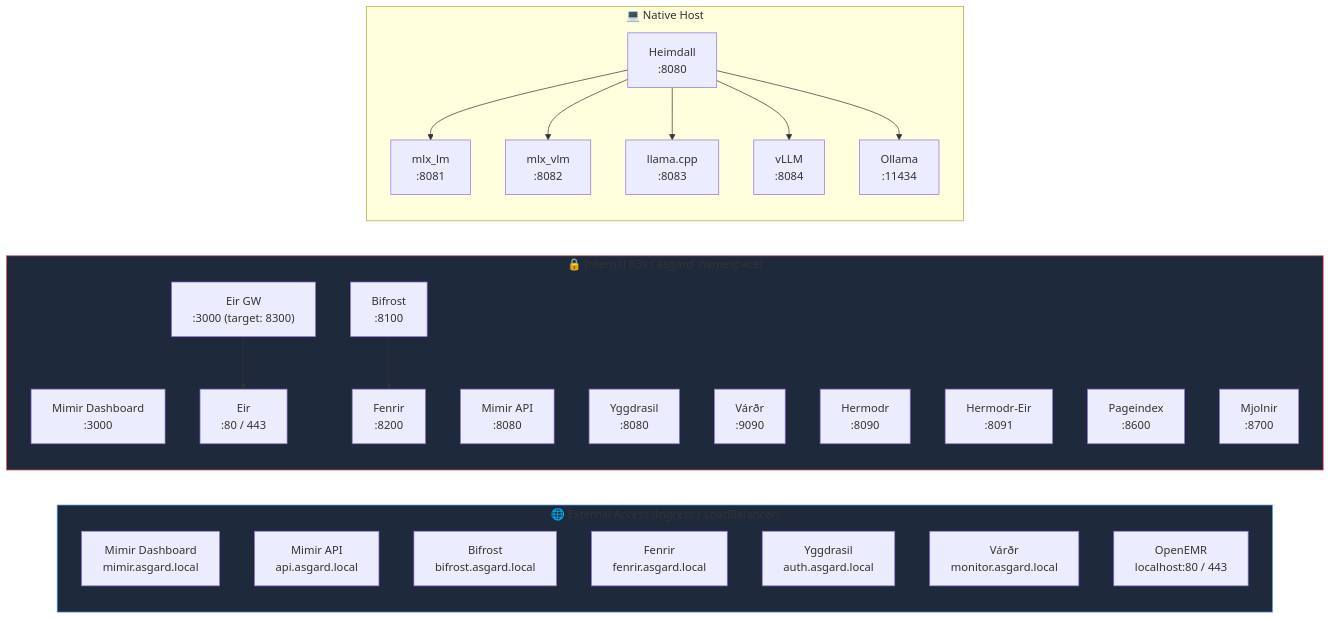
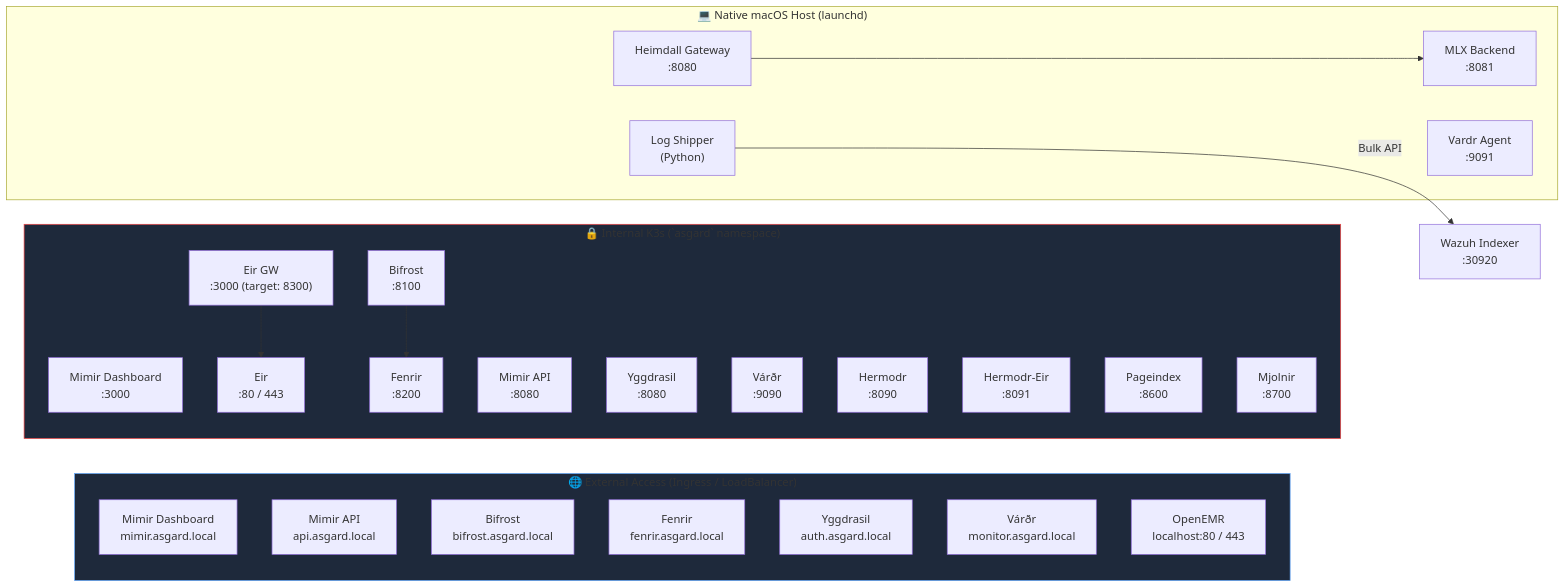
The ninth of 9 diagrams in docs/architecture.md (MegaWiz-Dev-Team/Asgard), drawn with Mermaid before and after one commit. The commit also changed other lines of this file and 22 other files, not shown here.

````diff
--- a/docs/architecture.md
+++ b/docs/architecture.md
@@ -425,47 +416,42 @@
 ```mermaid
 graph LR
     subgraph exposed["🌐 External Access (Ingress / LoadBalancer)"]
         P3000["Mimir Dashboard<br/>mimir.asgard.local"]
         P8080["Mimir API<br/>api.asgard.local"]
         P8100["Bifrost<br/>bifrost.asgard.local"]
         P8200["Fenrir<br/>fenrir.asgard.local"]
         P8085["Yggdrasil<br/>auth.asgard.local"]
         P9090["Várðr<br/>monitor.asgard.local"]
         P80["OpenEMR<br/>localhost:80 / 443"]
     end
 
     subgraph internal["🔒 Internal K3s (`asgard` namespace)"]
         I3000["Mimir Dashboard<br/>:3000"]
         I8080["Mimir API<br/>:8080"]
         I8100["Bifrost<br/>:8100"]
         I8200["Fenrir<br/>:8200"]
         I8085["Yggdrasil<br/>:8080"]
         I9090["Várðr<br/>:9090"]
         I80["Eir<br/>:80 / 443"]
         I8300["Eir GW<br/>:3000 (target: 8300)"]
         I8090["Hermodr<br/>:8090"]
         I8091["Hermodr-Eir<br/>:8091"]
         I8600["Pageindex<br/>:8600"]
         I8700["Mjolnir<br/>:8700"]
     end
 
-    subgraph host["💻 Native Host"]
-        P8081["mlx_lm<br/>:8081"]
-        P8082["mlx_vlm<br/>:8082"]
-        P8083["llama.cpp<br/>:8083"]
-        P8084["vLLM<br/>:8084"]
-        P11434["Ollama<br/>:11434"]
-        H8080["Heimdall<br/>:8080"]
+    subgraph host["💻 Native macOS Host (launchd)"]
+        H8080["Heimdall Gateway<br/>:8080"]
+        P8081["MLX Backend<br/>:8081"]
+        VA9091["Vardr Agent<br/>:9091"]
+        LS["Log Shipper<br/>(Python)"]
     end
 
     I8300 --> I80
     H8080 --> P8081
-    H8080 --> P8082
-    H8080 --> P8083
-    H8080 --> P8084
-    H8080 --> P11434
+    LS --> |"Bulk API"| I30920["Wazuh Indexer<br/>:30920"]
     I8100 --> I8200
 
     style exposed fill:#1e293b,stroke:#60a5fa
     style internal fill:#1e293b,stroke:#ef4444
 ```
````
